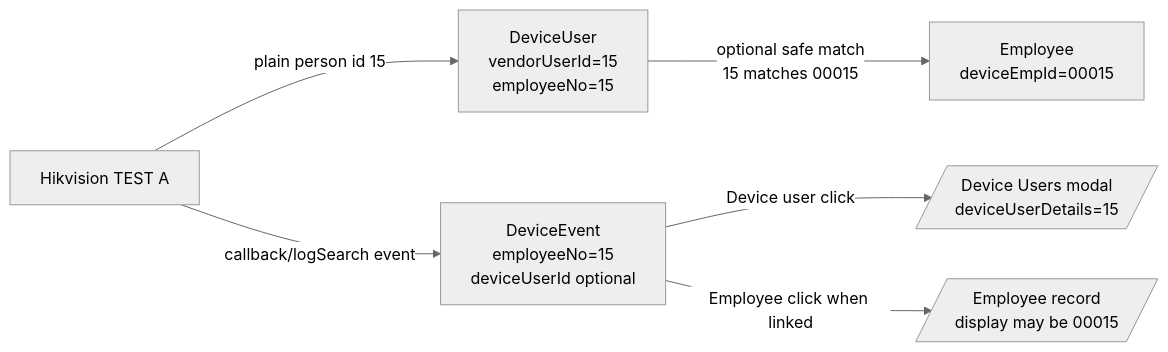
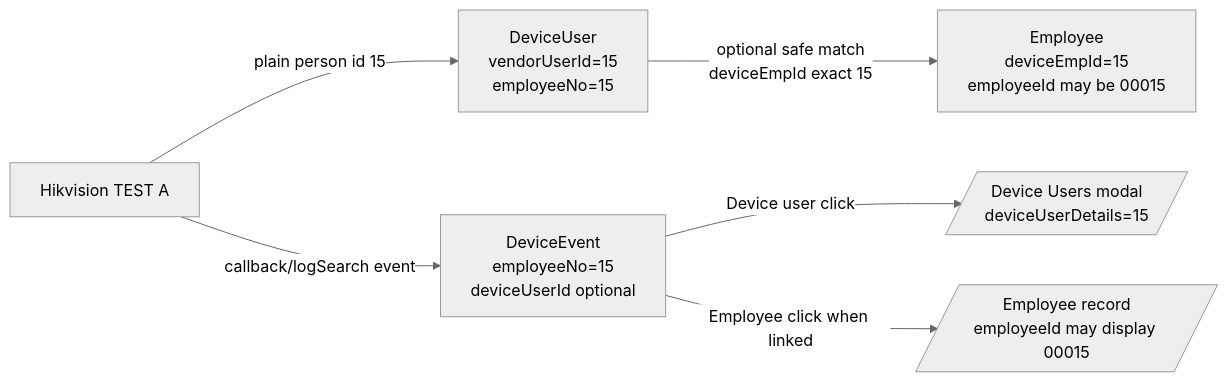
One commit to bnpimanufacturingsolution/bandai-infra-bnpi-pats changed the second of 3 diagrams in docs/HIKVISION_ENROLLMENT_IDENTITY_FLOW.md. Above: the diagram before and after it, drawn with Mermaid (neutral theme). The commit also changed other lines of this file and 6 other files, not shown here.

First line of the commit message:
fix(docs): deviceEmpId is plain 15, not padded 00015

````diff
--- a/docs/HIKVISION_ENROLLMENT_IDENTITY_FLOW.md
+++ b/docs/HIKVISION_ENROLLMENT_IDENTITY_FLOW.md
@@ -484,8 +461,8 @@
 ```mermaid
 flowchart LR
   Device[Hikvision TEST A] -->|plain person id 15| DeviceUser[DeviceUser<br/>vendorUserId=15<br/>employeeNo=15]
   Device -->|callback/logSearch event| DeviceEvent[DeviceEvent<br/>employeeNo=15<br/>deviceUserId optional]
-  DeviceUser -->|optional safe match<br/>15 matches 00015| Employee[Employee<br/>deviceEmpId=00015]
+  DeviceUser -->|optional safe match<br/>deviceEmpId exact 15| Employee[Employee<br/>deviceEmpId=15<br/>employeeId may be 00015]
   DeviceEvent -->|Device user click| DeviceUserRoute[/Device Users modal<br/>deviceUserDetails=15/]
-  DeviceEvent -->|Employee click when linked| EmployeeRoute[/Employee record<br/>display may be 00015/]
+  DeviceEvent -->|Employee click when linked| EmployeeRoute[/Employee record<br/>employeeId may display 00015/]
 ```
````
